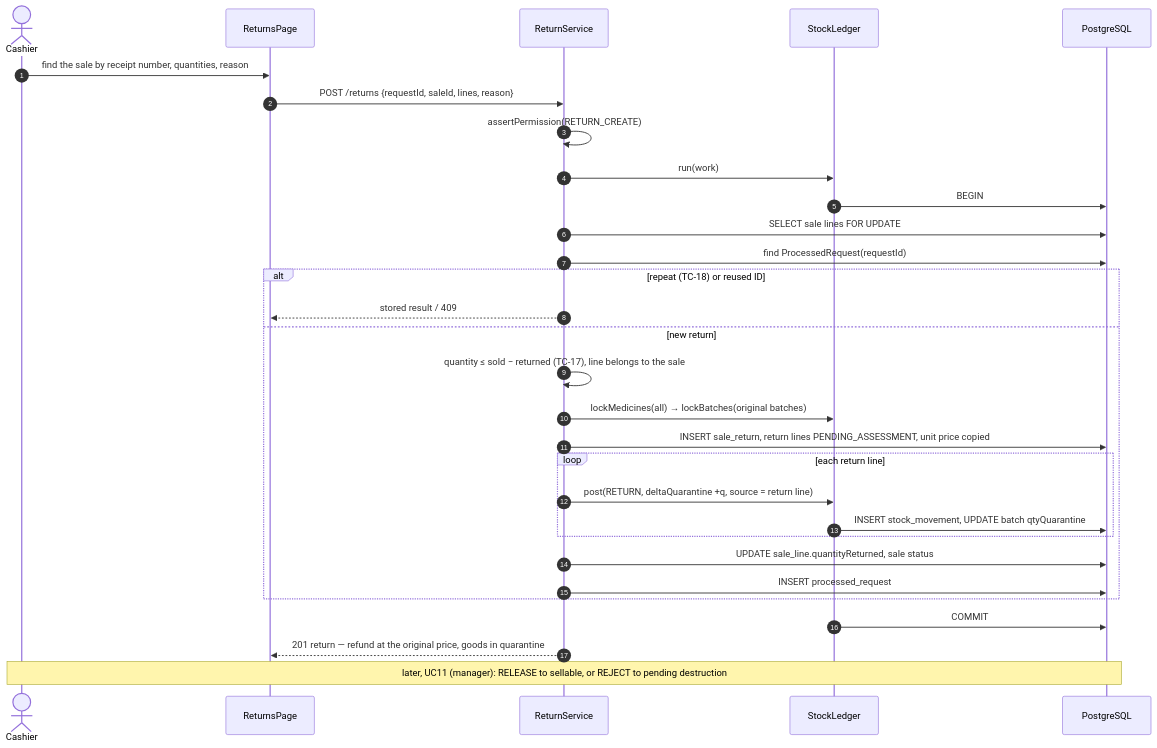
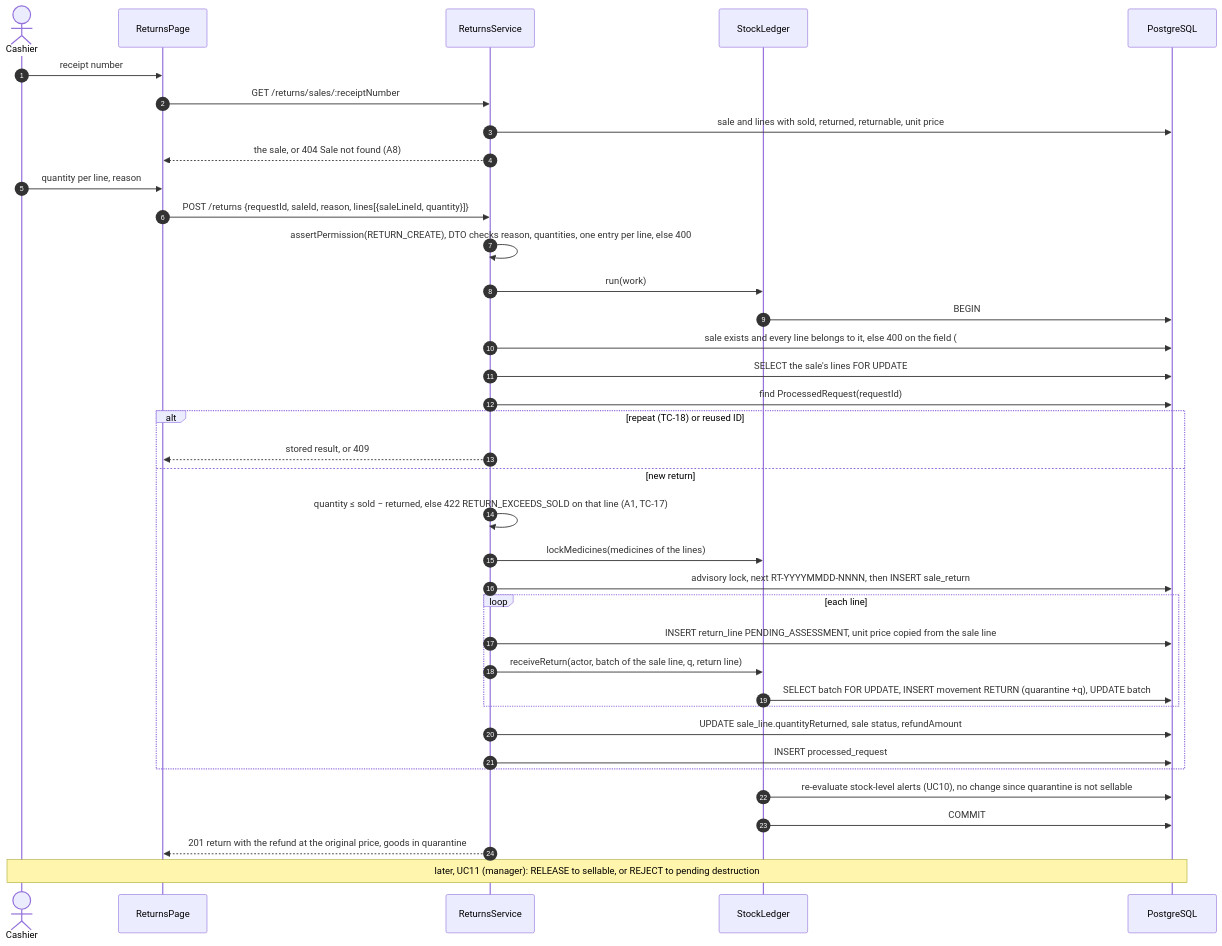
Before and after one commit to NeitLN/261_72ITSE41704_2474802010391_PharmacyStock: the fourth of 5 diagrams in docs/diagrams/sequence-diagrams.md, drawn with Mermaid. The commit also changed other lines of this file and 2 other files, not shown here.

Commit message:
Add the UC08 design gate: decisions, interface, scenario table and sequence on receiveReturn

````diff
--- a/docs/diagrams/sequence-diagrams.md
+++ b/docs/diagrams/sequence-diagrams.md
@@ -224,33 +227,40 @@
 ```mermaid
 sequenceDiagram
     autonumber
     actor K as Cashier
     participant UI as ReturnsPage
-    participant R as ReturnService
+    participant R as ReturnsService
     participant L as StockLedger
     participant DB as PostgreSQL
 
-    K->>UI: find the sale by receipt number, quantities, reason
-    UI->>R: POST /returns {requestId, saleId, lines, reason}
-    R->>R: assertPermission(RETURN_CREATE)
+    K->>UI: receipt number
+    UI->>R: GET /returns/sales/:receiptNumber
+    R->>DB: sale and lines with sold, returned, returnable, unit price
+    R-->>UI: the sale, or 404 Sale not found (A8)
+    K->>UI: quantity per line, reason
+    UI->>R: POST /returns {requestId, saleId, reason, lines[{saleLineId, quantity}]}
+    R->>R: assertPermission(RETURN_CREATE), DTO checks reason, quantities, one entry per line, else 400
     R->>L: run(work)
     L->>DB: BEGIN
-    R->>DB: SELECT sale lines FOR UPDATE
+    R->>DB: sale exists and every line belongs to it, else 400 on the field (#47)
+    R->>DB: SELECT the sale's lines FOR UPDATE
     R->>DB: find ProcessedRequest(requestId)
     alt repeat (TC-18) or reused ID
-        R-->>UI: stored result / 409
+        R-->>UI: stored result, or 409
     else new return
-        R->>R: quantity ≤ sold − returned (TC-17), line belongs to the sale
-        R->>L: lockMedicines(all) → lockBatches(original batches)
-        R->>DB: INSERT sale_return, return lines PENDING_ASSESSMENT, unit price copied
-        loop each return line
-            R->>L: post(RETURN, deltaQuarantine +q, source = return line)
-            L->>DB: INSERT stock_movement, UPDATE batch qtyQuarantine
+        R->>R: quantity ≤ sold − returned, else 422 RETURN_EXCEEDS_SOLD on that line (A1, TC-17)
+        R->>L: lockMedicines(medicines of the lines)
+        R->>DB: advisory lock, next RT-YYYYMMDD-NNNN, then INSERT sale_return
+        loop each line
+            R->>DB: INSERT return_line PENDING_ASSESSMENT, unit price copied from the sale line
+            R->>L: receiveReturn(actor, batch of the sale line, q, return line)
+            L->>DB: SELECT batch FOR UPDATE, INSERT movement RETURN (quarantine +q), UPDATE batch
         end
-        R->>DB: UPDATE sale_line.quantityReturned, sale status
+        R->>DB: UPDATE sale_line.quantityReturned, sale status, refundAmount
         R->>DB: INSERT processed_request
     end
+    L->>DB: re-evaluate stock-level alerts (UC10), no change since quarantine is not sellable
     L->>DB: COMMIT
-    R-->>UI: 201 return — refund at the original price, goods in quarantine
+    R-->>UI: 201 return with the refund at the original price, goods in quarantine
     Note over K,DB: later, UC11 (manager): RELEASE to sellable, or REJECT to pending destruction
 ```
````
